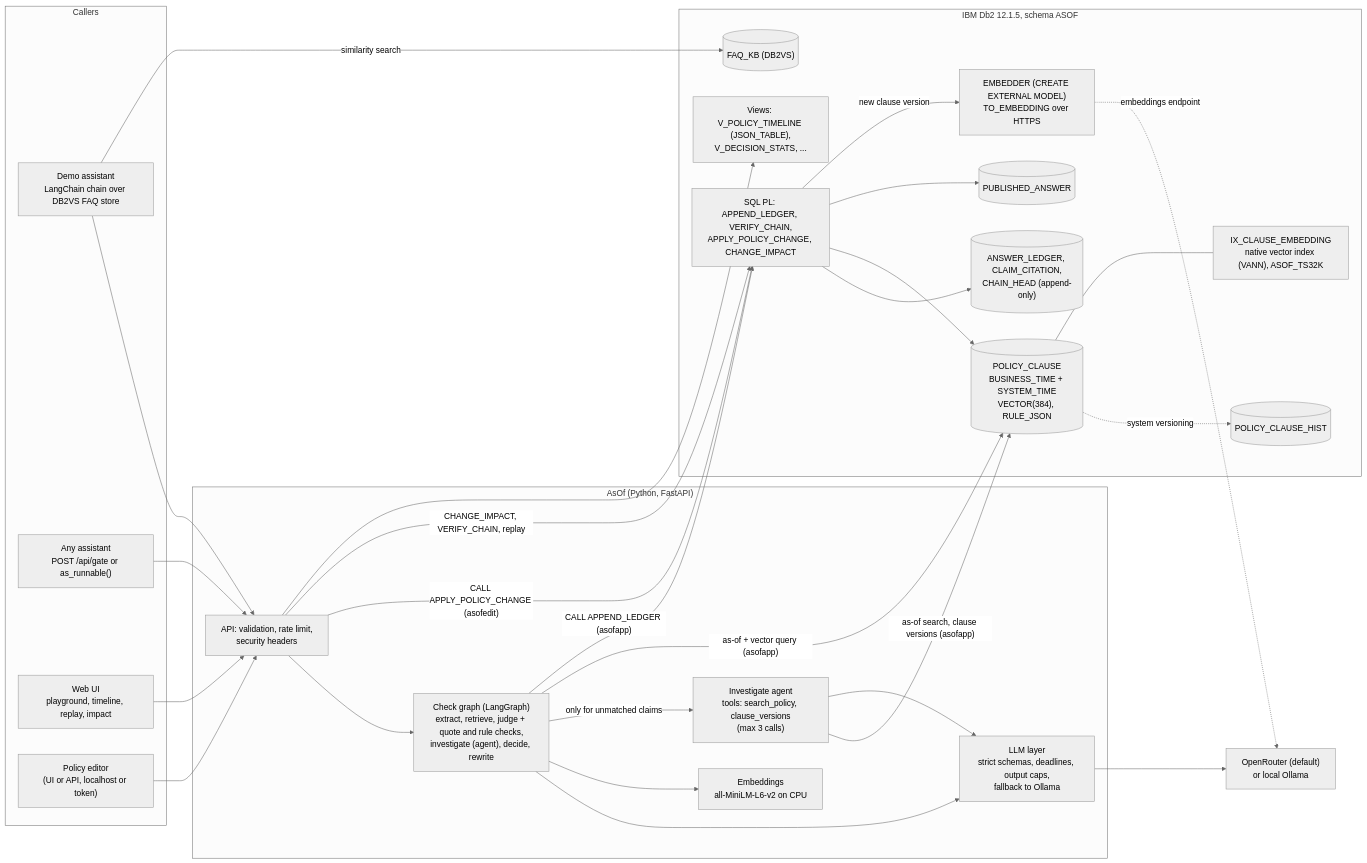
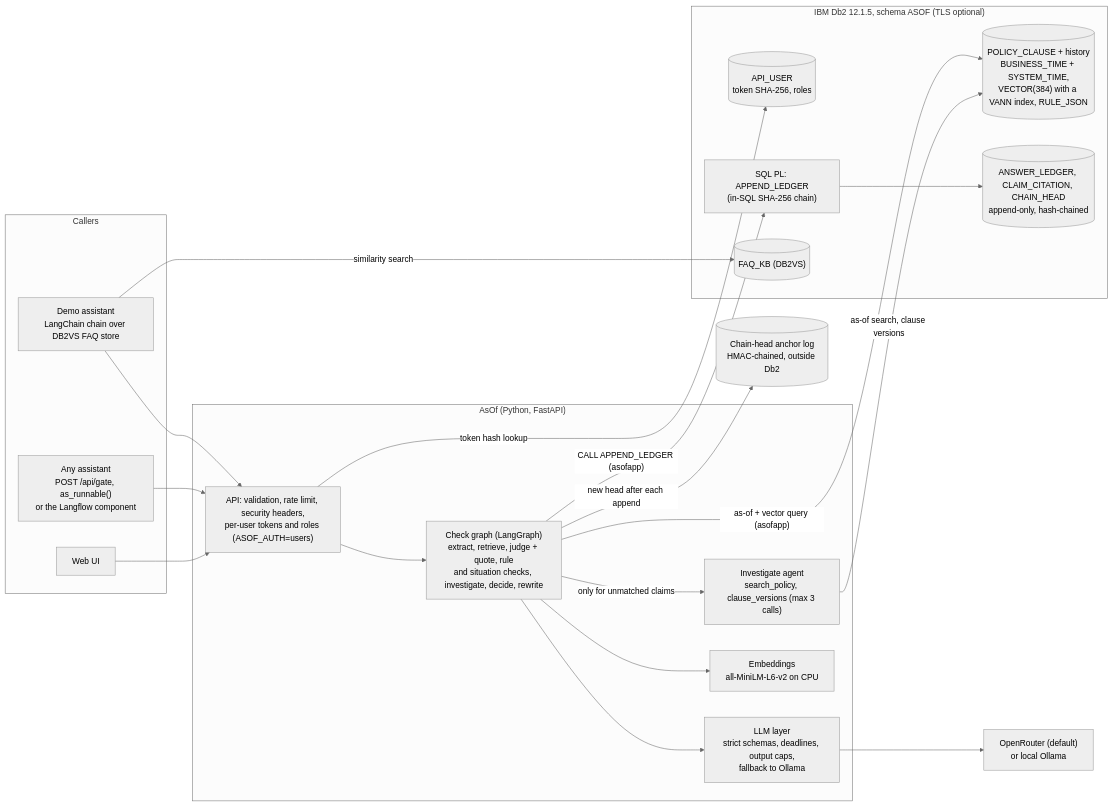
The first of 4 diagrams in submissions/asof/architecture.md (KunalGolaIBM/IBM_Db2_TechX_Project_Submission), drawn with Mermaid (neutral theme) before and after one commit. The commit also changed other lines of this file, not shown here.

First line of the commit message:
docs(asof): two readable architecture diagrams and grouped design decisions

````diff
--- a/submissions/asof/architecture.md
+++ b/submissions/asof/architecture.md
@@ -15,55 +17,41 @@
 ```mermaid
 flowchart LR
     subgraph Callers
         BOT["Demo assistant<br/>LangChain chain over DB2VS FAQ store"]
-        APP["Any assistant<br/>POST /api/gate or as_runnable()"]
-        UI["Web UI<br/>playground, timeline, replay, impact"]
-        EDITOR["Policy editor<br/>(UI or API, localhost or token)"]
+        APP["Any assistant<br/>POST /api/gate, as_runnable()<br/>or the Langflow component"]
+        UI["Web UI"]
     end
 
     subgraph AsOf["AsOf (Python, FastAPI)"]
-        API["API: validation, rate limit,<br/>security headers"]
-        GATE["Check graph (LangGraph)<br/>extract, retrieve, judge + quote and rule checks,<br/>investigate (agent), decide, rewrite"]
-        AGENT["Investigate agent<br/>tools: search_policy, clause_versions<br/>(max 3 calls)"]
+        API["API: validation, rate limit, security headers,<br/>per-user tokens and roles (ASOF_AUTH=users)"]
+        GATE["Check graph (LangGraph)<br/>extract, retrieve, judge + quote, rule<br/>and situation checks, investigate, decide, rewrite"]
+        AGENT["Investigate agent<br/>search_policy, clause_versions (max 3 calls)"]
         LLM["LLM layer<br/>strict schemas, deadlines, output caps,<br/>fallback to Ollama"]
         EMB["Embeddings<br/>all-MiniLM-L6-v2 on CPU"]
     end
 
     PROVIDER["OpenRouter (default)<br/>or local Ollama"]
+    ANCHOR[("Chain-head anchor log<br/>HMAC-chained, outside Db2")]
 
-    subgraph DB2["IBM Db2 12.1.5, schema ASOF"]
-        PC[("POLICY_CLAUSE<br/>BUSINESS_TIME + SYSTEM_TIME<br/>VECTOR(384), RULE_JSON")]
-        HIST[("POLICY_CLAUSE_HIST")]
-        LED[("ANSWER_LEDGER, CLAIM_CITATION,<br/>CHAIN_HEAD (append-only)")]
-        PUB[("PUBLISHED_ANSWER")]
+    subgraph DB2["IBM Db2 12.1.5, schema ASOF (TLS optional)"]
+        USERS[("API_USER<br/>token SHA-256, roles")]
+        PC[("POLICY_CLAUSE + history<br/>BUSINESS_TIME + SYSTEM_TIME,<br/>VECTOR(384) with a VANN index, RULE_JSON")]
+        PROCS["SQL PL: APPEND_LEDGER<br/>(in-SQL SHA-256 chain)"]
+        LED[("ANSWER_LEDGER, CLAIM_CITATION, CHAIN_HEAD<br/>append-only, hash-chained")]
         FAQ[("FAQ_KB (DB2VS)")]
-        PROCS["SQL PL: APPEND_LEDGER, VERIFY_CHAIN,<br/>APPLY_POLICY_CHANGE, CHANGE_IMPACT"]
-        MODEL["EMBEDDER (CREATE EXTERNAL MODEL)<br/>TO_EMBEDDING over HTTPS"]
-        VIDX["IX_CLAUSE_EMBEDDING<br/>native vector index (VANN), ASOF_TS32K"]
-        VIEWS["Views: V_POLICY_TIMELINE (JSON_TABLE),<br/>V_DECISION_STATS, ..."]
     end
 
     BOT --> API
     APP --> API
     UI --> API
-    EDITOR --> API
+    API -- "token hash lookup" --> USERS
     API --> GATE
     GATE --> LLM --> PROVIDER
     GATE --> EMB
+    GATE -- "as-of + vector query (asofapp)" --> PC
     GATE -- "only for unmatched claims" --> AGENT
-    AGENT -- "as-of search, clause versions (asofapp)" --> PC
-    AGENT --> LLM
-    GATE -- "as-of + vector query (asofapp)" --> PC
-    GATE -- "CALL APPEND_LEDGER (asofapp)" --> PROCS
-    API -- "CALL APPLY_POLICY_CHANGE (asofedit)" --> PROCS
-    API -- "CHANGE_IMPACT, VERIFY_CHAIN, replay" --> PROCS
-    PROCS --> LED
-    PROCS --> PC
-    PROCS --> PUB
-    PC -. "system versioning" .-> HIST
-    PROCS -- "new clause version" --> MODEL
-    MODEL -. "embeddings endpoint" .-> PROVIDER
-    PC --- VIDX
+    AGENT -- "as-of search, clause versions" --> PC
+    GATE -- "CALL APPEND_LEDGER (asofapp)" --> PROCS --> LED
+    GATE -- "new head after each append" --> ANCHOR
     BOT -- "similarity search" --> FAQ
-    API --> VIEWS
 ```
````
